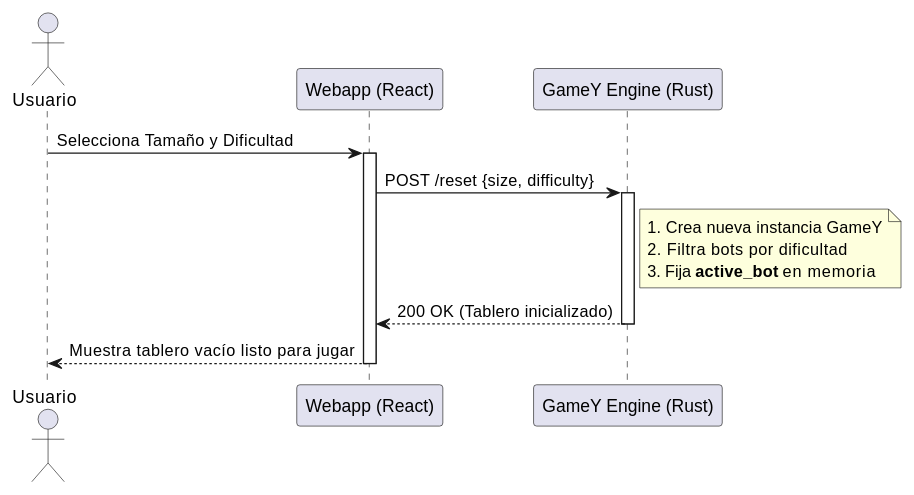
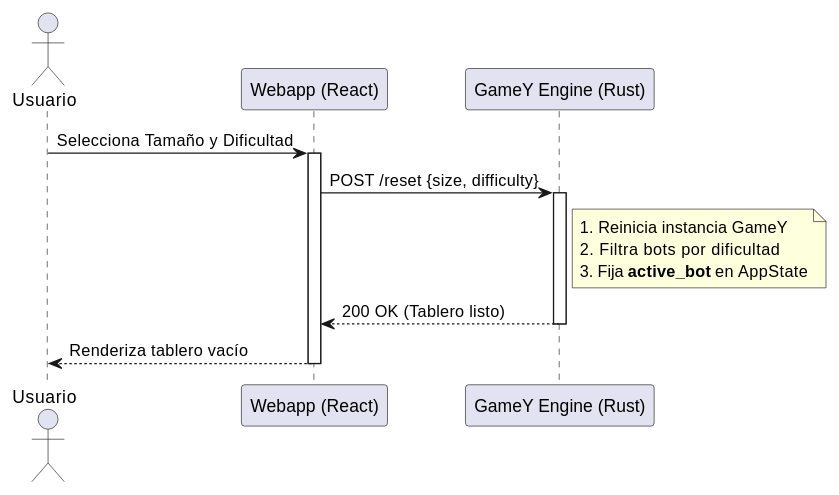
One commit to Arquisoft/yovi_es1b changed the third of 4 diagrams in docs/src/06_runtime_view.adoc. Above: the diagram before and after it, drawn with PlantUML. The commit also changed other lines of this file, not shown here.

```diff
--- a/docs/src/06_runtime_view.adoc
+++ b/docs/src/06_runtime_view.adoc
@@ -35,16 +61,16 @@
 [plantuml,"Game_Init_Sequence",png]
 ----
 actor Usuario
 participant "Webapp (React)" as Webapp
 participant "GameY Engine (Rust)" as Gamey
 
 Usuario -> Webapp: Selecciona Tamaño y Dificultad
 activate Webapp
 Webapp -> Gamey: POST /reset {size, difficulty}
 activate Gamey
-note right of Gamey: 1. Crea nueva instancia GameY\n2. Filtra bots por dificultad\n3. Fija **active_bot** en memoria
-Gamey --> Webapp: 200 OK (Tablero inicializado)
+note right of Gamey: 1. Reinicia instancia GameY\n2. Filtra bots por dificultad\n3. Fija **active_bot** en AppState
+Gamey --> Webapp: 200 OK (Tablero listo)
 deactivate Gamey
-Webapp --> Usuario: Muestra tablero vacío listo para jugar
+Webapp --> Usuario: Renderiza tablero vacío
 deactivate Webapp
 ----
```
